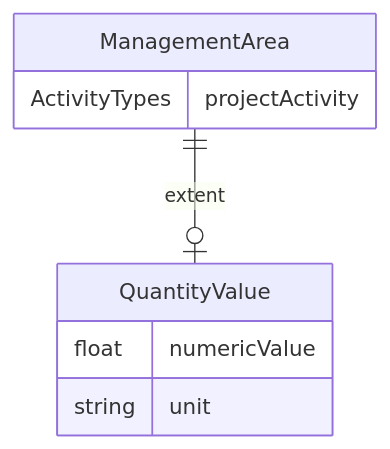
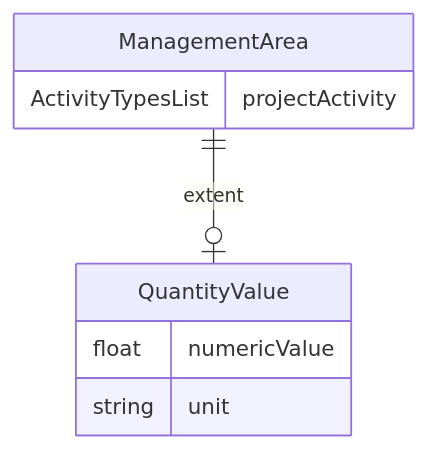
Before and after one commit to regen-network/regen-data-standards: the diagram in schema/generated/ManagementArea.md, drawn with Mermaid. The commit also changed other lines of this file and 94 other files, not shown here.

````diff
--- a/schema/generated/ManagementArea.md
+++ b/schema/generated/ManagementArea.md
@@ -11,13 +11,13 @@
 ```mermaid
 erDiagram
 ManagementArea {
-    ActivityTypes projectActivity  
+    ActivityTypesList projectActivity  
 }
 QuantityValue {
     float numericValue  
     string unit  
 }
 
 ManagementArea ||--|o QuantityValue : "extent"
 
 ```
````
